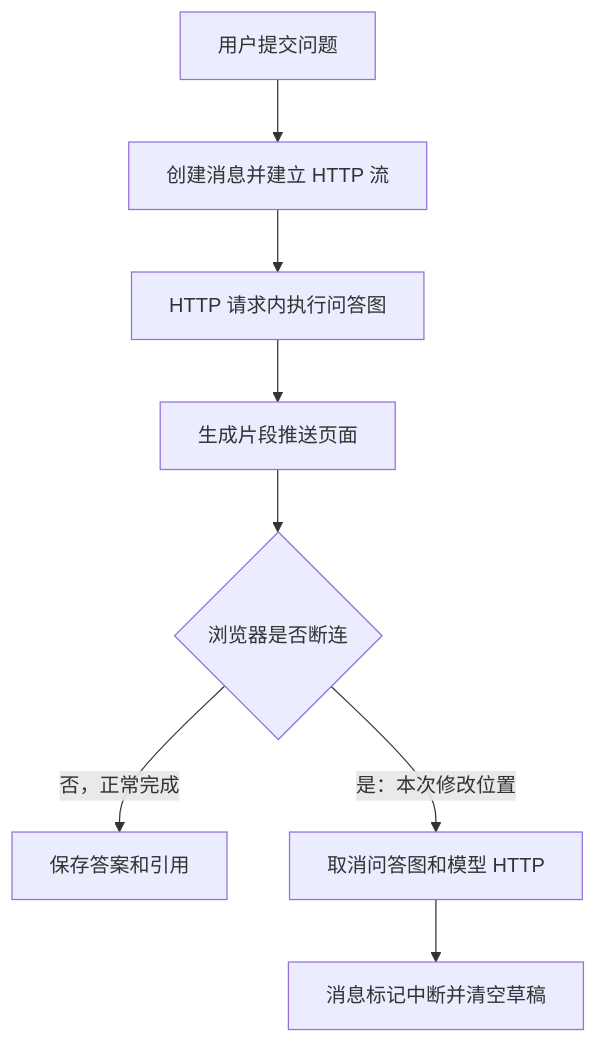
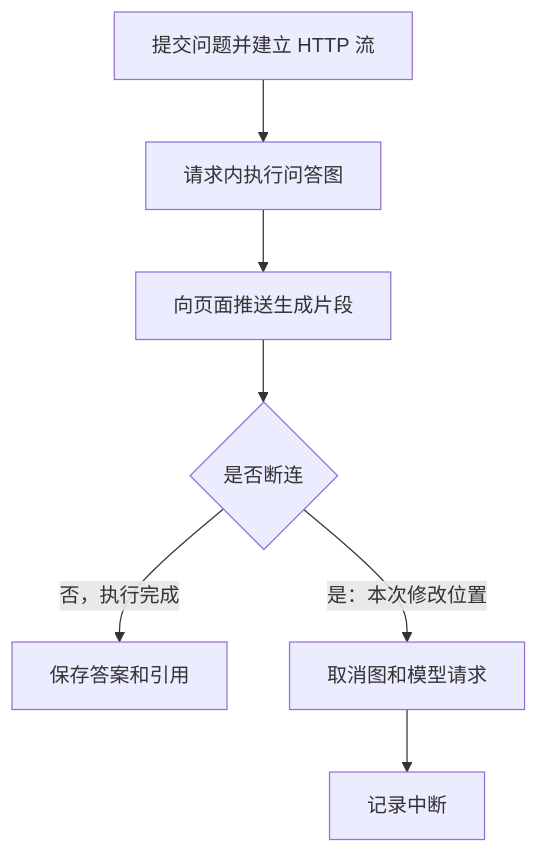
Before and after one commit to zjqylhy/it_helpdesk_rag: the first of 2 diagrams in docs/technical-plan-chat-reconnect.md, drawn with Mermaid. The commit also changed other lines of this file and 1 other file, not shown here.

````diff
--- a/docs/technical-plan-chat-reconnect.md
+++ b/docs/technical-plan-chat-reconnect.md
@@ -36,10 +35,9 @@
 ```mermaid
 flowchart TD
-    A[用户提交问题] --> B[创建消息并建立 HTTP 流]
-    B --> C[HTTP 请求内执行问答图]
-    C --> D[生成片段推送页面]
-    D --> E{浏览器是否断连}
-    E -->|否，正常完成| F[保存答案和引用]
-    E -->|是：本次修改位置| G[取消问答图和模型 HTTP]
-    G --> H[消息标记中断并清空草稿]
+    A[提交问题并建立 HTTP 流] --> B[请求内执行问答图]
+    B --> C[向页面推送生成片段]
+    C --> D{是否断连}
+    D -->|否，执行完成| E[保存答案和引用]
+    D -->|是：本次修改位置| F[取消图和模型请求]
+    F --> G[记录中断]
 ```
````
